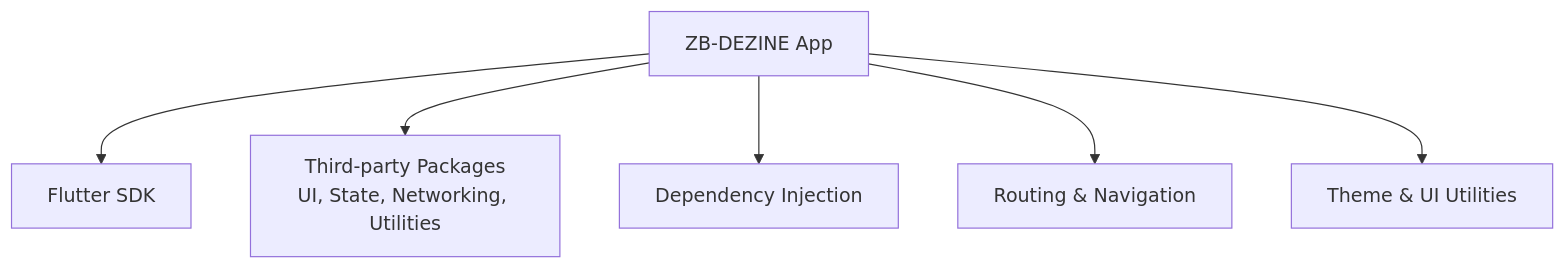
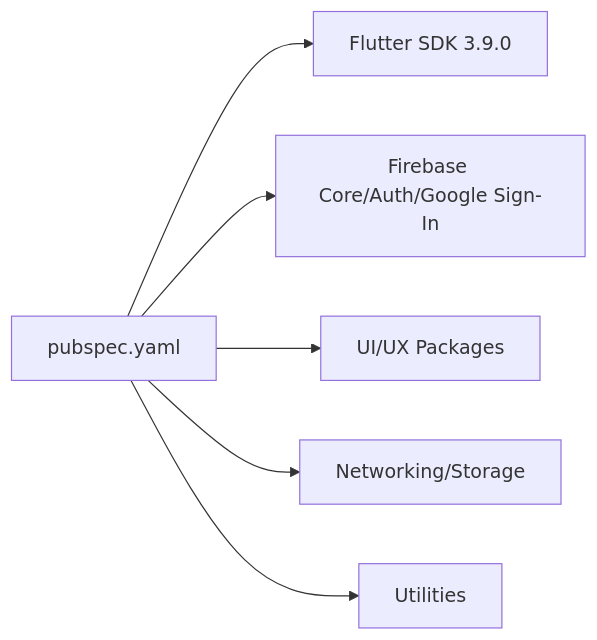
One commit to Ariful3111/FurniGo changed the third of 3 diagrams in .qoder/repowiki/en/content/Getting Started.md. Above: the diagram before and after it, drawn with Mermaid. The commit also changed other lines of this file and 115 other files, not shown here.

````diff
--- a/.qoder/repowiki/en/content/Getting Started.md
+++ b/.qoder/repowiki/en/content/Getting Started.md
@@ -203,14 +213,8 @@
 ```mermaid
-graph TB
-App["ZB-DEZINE App"]
-FlutterSDK["Flutter SDK"]
-Packages["Third-party Packages<br/>UI, State, Networking, Utilities"]
-DI["Dependency Injection"]
-Routes["Routing & Navigation"]
-Theme["Theme & UI Utilities"]
-App --> FlutterSDK
-App --> Packages
-App --> DI
-App --> Routes
-App --> Theme
+graph LR
+A["pubspec.yaml"] --> B["Flutter SDK 3.9.0"]
+A --> C["Firebase Core/Auth/Google Sign-In"]
+A --> D["UI/UX Packages"]
+A --> E["Networking/Storage"]
+A --> F["Utilities"]
 ```
````
